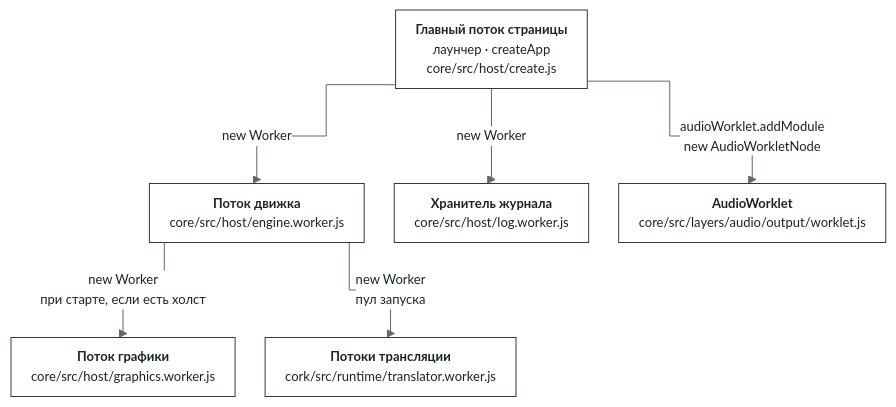
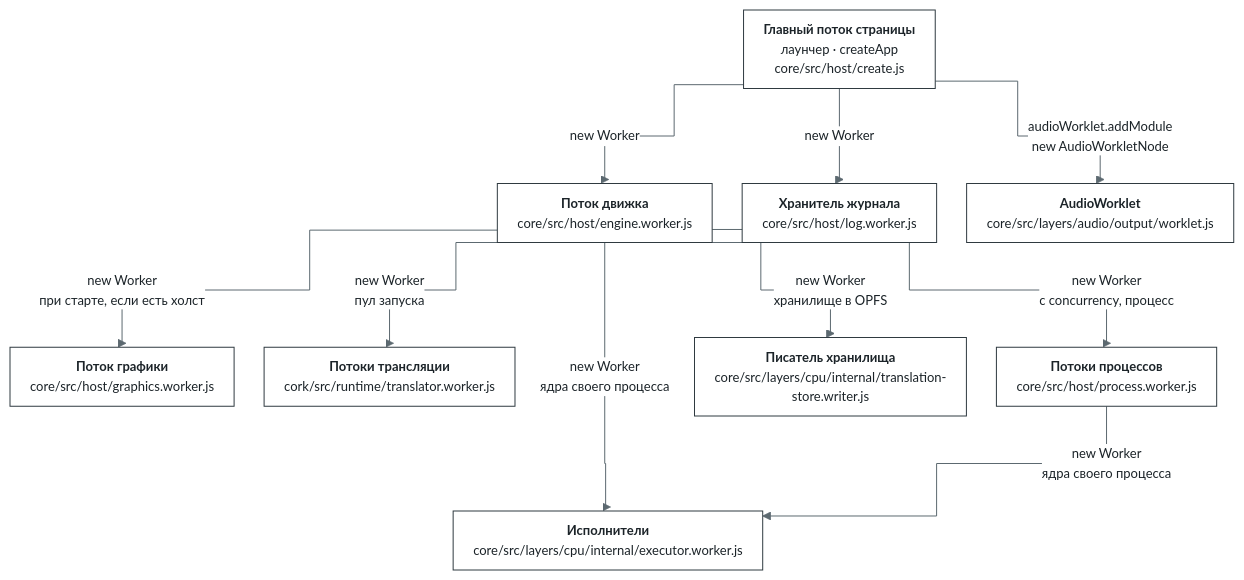
Before and after one commit to bottlify/bottlify: the first of 10 diagrams in docs/architecture.ru.md, drawn with Mermaid. The commit also changed other lines of this file and 5 other files, not shown here.

````diff
--- a/docs/architecture.ru.md
+++ b/docs/architecture.ru.md
@@ -133,15 +137,22 @@
 ```mermaid
 %%{init: {"theme": "base", "flowchart": {"curve": "step", "nodeSpacing": 30, "rankSpacing": 56, "padding": 10}, "themeVariables": {"fontFamily": "Inter, Segoe UI, Helvetica, Arial, sans-serif", "fontSize": "13px", "primaryColor": "#FFFFFF", "primaryBorderColor": "#2F3A40", "primaryTextColor": "#1B2328", "lineColor": "#5C6970", "clusterBkg": "#F3F5F6", "clusterBorder": "#9AA6AC", "edgeLabelBackground": "#FFFFFF"}}}%%
 flowchart TB
   P["<b>Главный поток страницы</b><br/>лаунчер · createApp<br/>core/src/host/create.js"]
   E["<b>Поток движка</b><br/>core/src/host/engine.worker.js"]
   K["<b>Хранитель журнала</b><br/>core/src/host/log.worker.js"]
   A["<b>AudioWorklet</b><br/>core/src/layers/audio/output/worklet.js"]
   G["<b>Поток графики</b><br/>core/src/host/graphics.worker.js"]
   T["<b>Потоки трансляции</b><br/>cork/src/runtime/translator.worker.js"]
+  R["<b>Потоки процессов</b><br/>core/src/host/process.worker.js"]
+  X["<b>Исполнители</b><br/>core/src/layers/cpu/internal/executor.worker.js"]
+  W["<b>Писатель хранилища</b><br/>core/src/layers/cpu/internal/translation-store.writer.js"]
   P -->|"new Worker"| E
   P -->|"new Worker"| K
   P -->|"audioWorklet.addModule<br/>new AudioWorkletNode"| A
   E -->|"new Worker<br/>при старте, если есть холст"| G
   E -->|"new Worker<br/>пул запуска"| T
+  E -->|"new Worker<br/>с concurrency, процесс"| R
+  E -->|"new Worker<br/>хранилище в OPFS"| W
+  E -->|"new Worker<br/>ядра своего процесса"| X
+  R -->|"new Worker<br/>ядра своего процесса"| X
 ```
````
